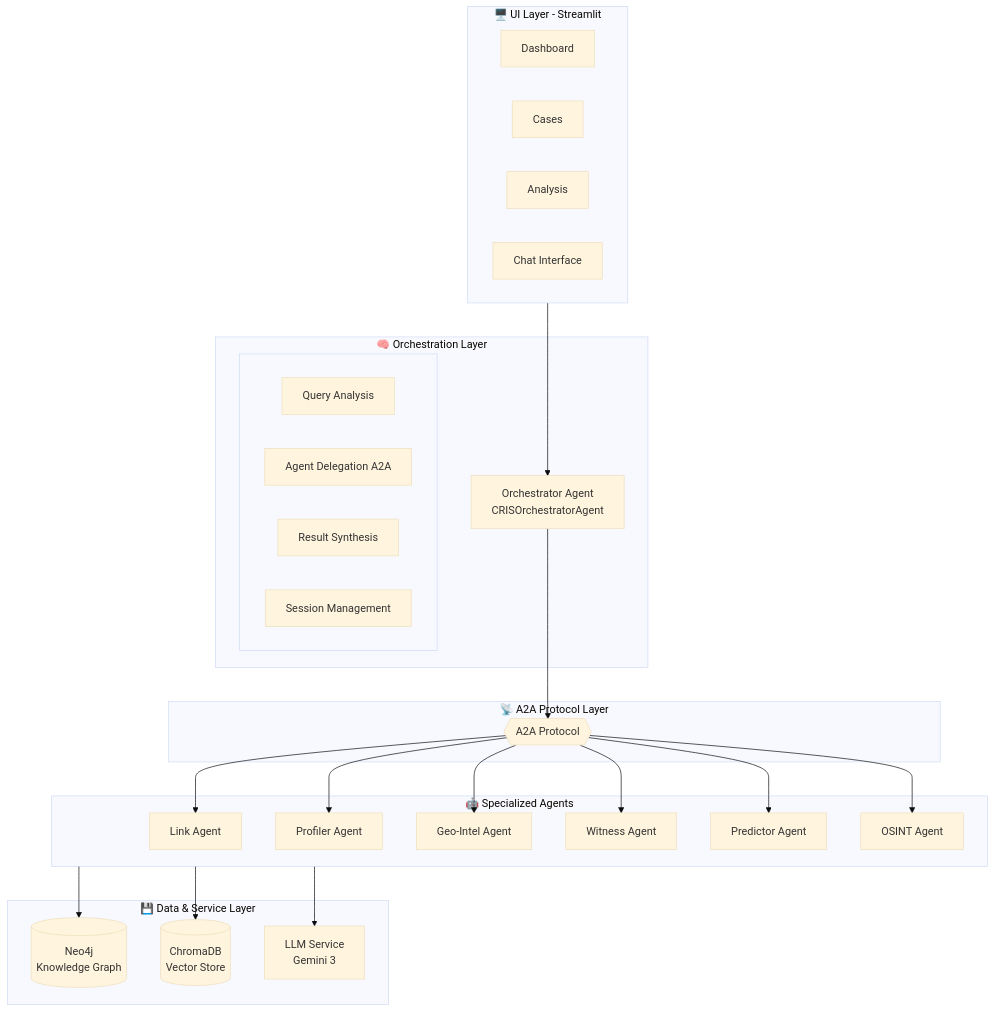
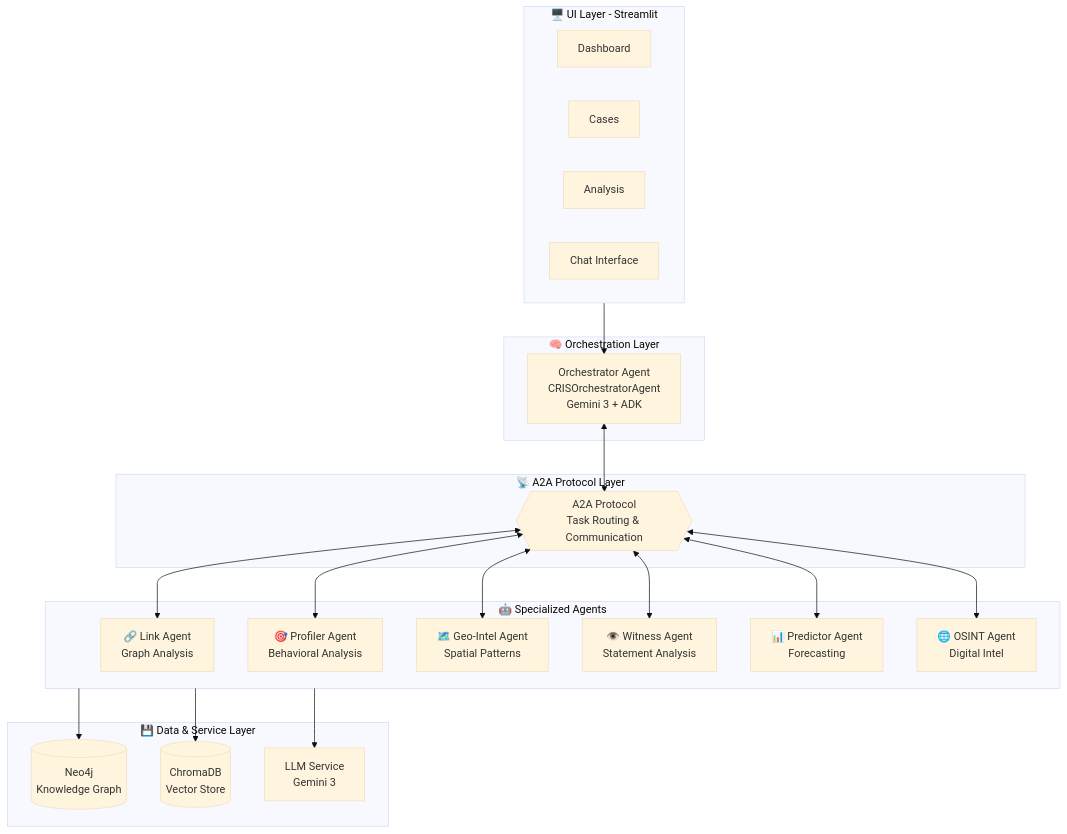
The first of 4 diagrams in docs/architecture.md (francotesei/cris), drawn with Mermaid (base theme) before and after one commit. The commit also changed other lines of this file and 3 other files, not shown here.

````diff
--- a/docs/architecture.md
+++ b/docs/architecture.md
@@ -7,44 +13,37 @@
 ```mermaid
 flowchart TB
     subgraph UI["🖥️ UI Layer - Streamlit"]
         Dashboard[Dashboard]
         Cases[Cases]
         Analysis[Analysis]
         Chat[Chat Interface]
     end
     
     subgraph Orchestration["🧠 Orchestration Layer"]
-        Orch[Orchestrator Agent<br/>CRISOrchestratorAgent]
-        
-        subgraph OrchestratorFeatures[" "]
-            QA[Query Analysis]
-            AD[Agent Delegation A2A]
-            RS[Result Synthesis]
-            SM[Session Management]
-        end
+        Orch[Orchestrator Agent<br/>CRISOrchestratorAgent<br/>Gemini 3 + ADK]
     end
     
     subgraph A2A["📡 A2A Protocol Layer"]
-        Protocol{{"A2A Protocol"}}
+        Protocol{{"A2A Protocol<br/>Task Routing & Communication"}}
     end
     
     subgraph Agents["🤖 Specialized Agents"]
-        Link[Link Agent]
-        Profiler[Profiler Agent]
-        GeoIntel[Geo-Intel Agent]
-        Witness[Witness Agent]
-        Predictor[Predictor Agent]
-        OSINT[OSINT Agent]
+        Link[🔗 Link Agent<br/>Graph Analysis]
+        Profiler[🎯 Profiler Agent<br/>Behavioral Analysis]
+        GeoIntel[🗺️ Geo-Intel Agent<br/>Spatial Patterns]
+        Witness[👁️ Witness Agent<br/>Statement Analysis]
+        Predictor[📊 Predictor Agent<br/>Forecasting]
+        OSINT[🌐 OSINT Agent<br/>Digital Intel]
     end
     
     subgraph Data["💾 Data & Service Layer"]
         Neo4j[(Neo4j<br/>Knowledge Graph)]
         Chroma[(ChromaDB<br/>Vector Store)]
         LLM[LLM Service<br/>Gemini 3]
     end
     
     UI --> Orch
-    Orch --> Protocol
-    Protocol --> Link & Profiler & GeoIntel & Witness & Predictor & OSINT
+    Orch <--> Protocol
+    Protocol <--> Link & Profiler & GeoIntel & Witness & Predictor & OSINT
     Agents --> Neo4j & Chroma & LLM
 ```
````
